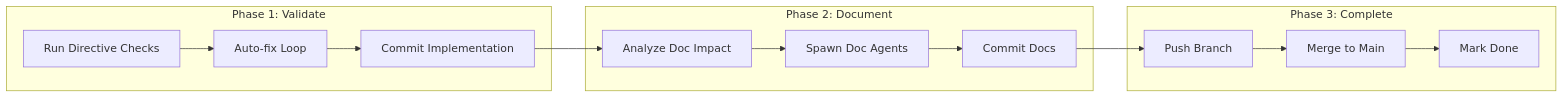
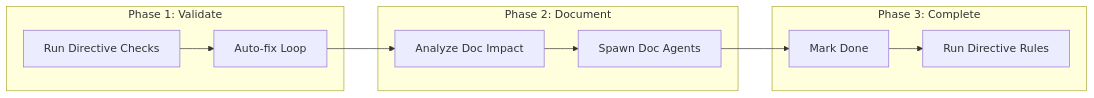
The diagram in .festinalente/product/skills/finalize.md (mattfletcher94/festinalente), drawn with Mermaid before and after one commit. The commit also changed other lines of this file and 10 other files, not shown here.

First line of the commit message:
docs: update docs to reflect git-agnostic skills architecture

````diff
--- a/.festinalente/product/skills/finalize.md
+++ b/.festinalente/product/skills/finalize.md
@@ -29,29 +29,23 @@
 ```mermaid
 flowchart LR
     subgraph "Phase 1: Validate"
         Checks[Run Directive Checks]
         Fix[Auto-fix Loop]
-        Commit1[Commit Implementation]
     end
 
     subgraph "Phase 2: Document"
         Analyze[Analyze Doc Impact]
         Agents[Spawn Doc Agents]
-        Commit2[Commit Docs]
     end
 
     subgraph "Phase 3: Complete"
-        Push[Push Branch]
-        Merge[Merge to Main]
         Done[Mark Done]
+        Directives[Run Directive Rules]
     end
 
     Checks --> Fix
-    Fix --> Commit1
-    Commit1 --> Analyze
+    Fix --> Analyze
     Analyze --> Agents
-    Agents --> Commit2
-    Commit2 --> Push
-    Push --> Merge
-    Merge --> Done
+    Agents --> Done
+    Done --> Directives
 ```
````
